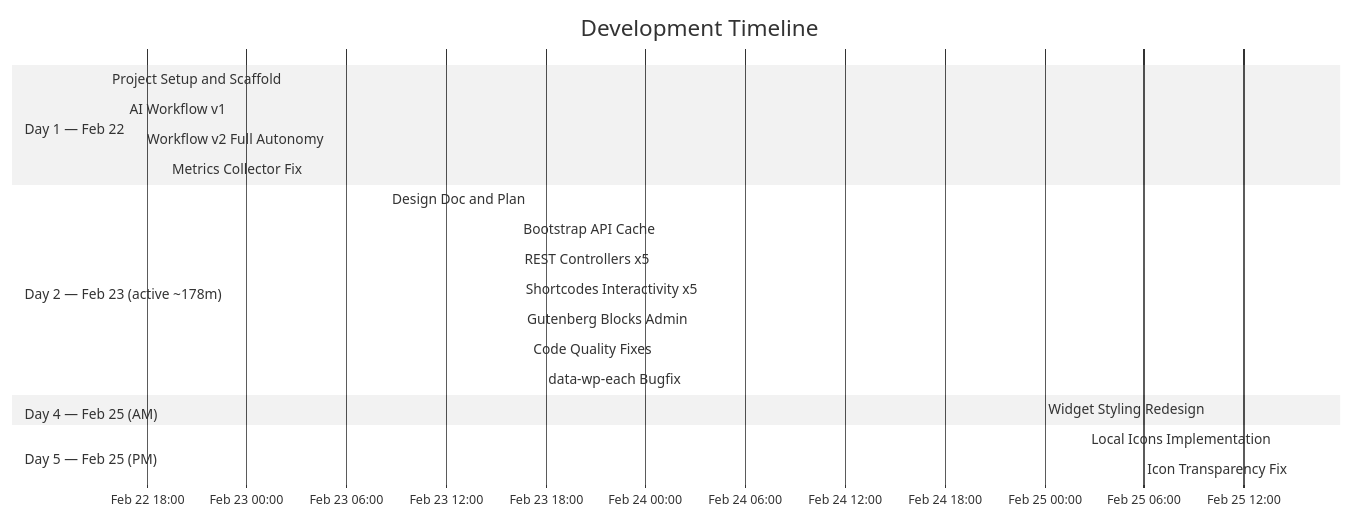
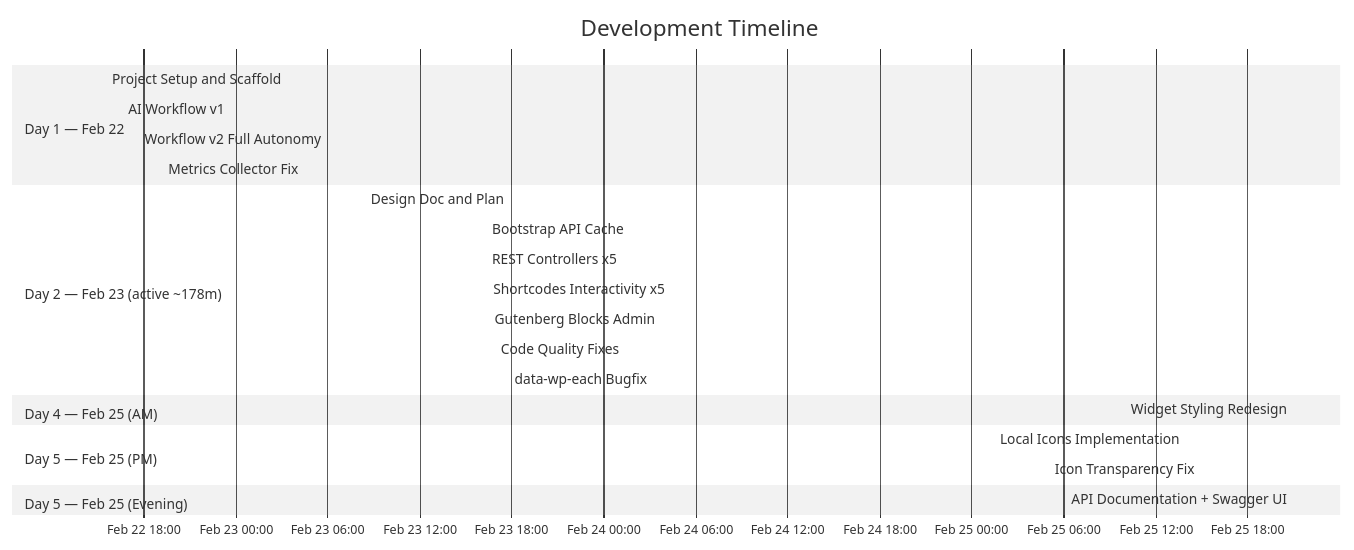
One commit to atlantdak/claude-code-hackathon-xbo-market-kit changed the third of 7 diagrams in README.md. Above: the diagram before and after it, drawn with Mermaid (neutral theme). The commit also changed other lines of this file and 5 other files, not shown here.

First line of the commit message:
docs: add REST API documentation with Swagger UI for GitHub Pages

````diff
--- a/README.md
+++ b/README.md
@@ -80,24 +82,26 @@
 ```mermaid
 gantt
     title Development Timeline
     dateFormat YYYY-MM-DD HH:mm
     axisFormat %b %d %H:%M
     section Day 1 — Feb 22
     Project Setup and Scaffold   :done, setup, 2026-02-22 15:33, 62min
     AI Workflow v1               :done, wf1, 2026-02-22 16:35, 66min
     Workflow v2 Full Autonomy    :done, wf2, 2026-02-22 17:41, 90min
     Metrics Collector Fix        :done, fix, 2026-02-22 19:11, 18min
     section Day 2 — Feb 23 (active ~178m)
     Design Doc and Plan          :done, plan, 2026-02-23 08:26, 128min
     Bootstrap API Cache          :done, core, 2026-02-23 16:18, 5min
     REST Controllers x5          :done, rest, 2026-02-23 16:22, 4min
     Shortcodes Interactivity x5  :done, sc, 2026-02-23 16:26, 5min
     Gutenberg Blocks Admin       :done, blk, 2026-02-23 16:31, 23min
     Code Quality Fixes           :done, qa, 2026-02-23 16:54, 52min
     data-wp-each Bugfix          :done, bugfix, 2026-02-23 17:46, 1min
     section Day 4 — Feb 25 (AM)
     Widget Styling Redesign    :done, style, 2026-02-25 10:00, 34min
     section Day 5 — Feb 25 (PM)
     Local Icons Implementation :done, icons, 2026-02-25 14:00, 53min
     Icon Transparency Fix      :done, iconfix, 2026-02-25 15:00, 5min
+    section Day 5 — Feb 25 (Evening)
+    API Documentation + Swagger UI :done, apidocs, 2026-02-25 21:00, 70min
 ```
````
